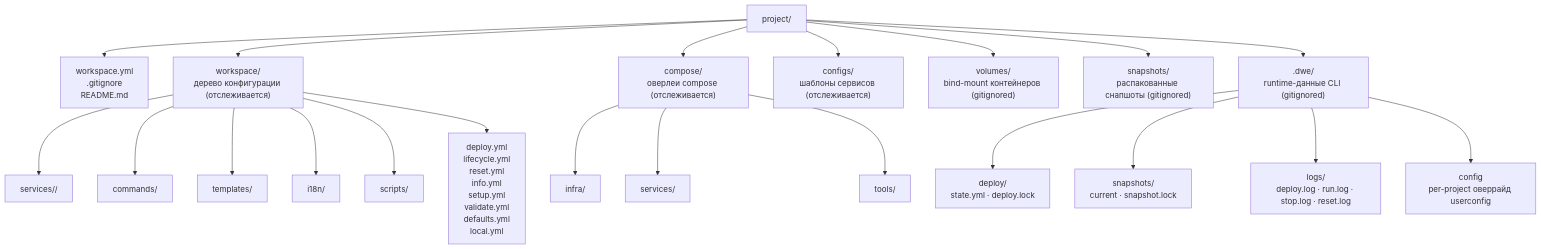
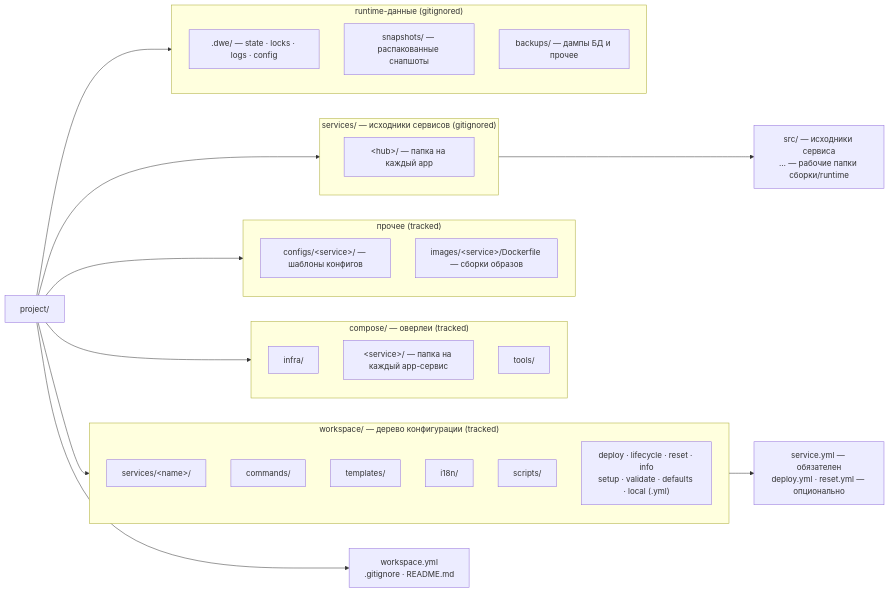
Before and after one commit to semsemyonoff/dwe: the diagram in docs/i18n/ru/reference/concepts/project-layout.md, drawn with Mermaid. The commit also changed other lines of this file and 12 other files, not shown here.

First line of the commit message:
docs(concepts): rework project-layout & gitignore conventions

````diff
--- a/docs/i18n/ru/reference/concepts/project-layout.md
+++ b/docs/i18n/ru/reference/concepts/project-layout.md
@@ -26,28 +26,50 @@
 ```mermaid
-flowchart TD
+flowchart LR
   Root["project/"]
+  RootFiles["workspace.yml<br/>.gitignore · README.md"]
 
-  Root --> RootFiles["workspace.yml<br/>.gitignore<br/>README.md"]
-  Root --> DWEDir["workspace/<br/>дерево конфигурации (отслеживается)"]
-  Root --> ComposeDir["compose/<br/>оверлеи compose (отслеживается)"]
-  Root --> ConfigsDir["configs/<br/>шаблоны сервисов (отслеживается)"]
-  Root --> VolumesDir["volumes/<br/>bind-mount контейнеров (gitignored)"]
-  Root --> SnapsDir["snapshots/<br/>распакованные снапшоты (gitignored)"]
-  Root --> DotDir[".dwe/<br/>runtime-данные CLI (gitignored)"]
+  subgraph workspace["workspace/ — дерево конфигурации (tracked)"]
+    direction TB
+    WSServices["services/&lt;name&gt;/"]
+    WSCommands["commands/"]
+    WSTemplates["templates/"]
+    WSI18n["i18n/"]
+    WSScripts["scripts/"]
+    WSPipelines["deploy · lifecycle · reset · info<br/>setup · validate · defaults · local (.yml)"]
+  end
 
-  DWEDir --> DWEServices["services/<name>/"]
-  DWEDir --> DWECommands["commands/"]
-  DWEDir --> DWETemplates["templates/"]
-  DWEDir --> DWEI18n["i18n/"]
-  DWEDir --> DWEScripts["scripts/"]
-  DWEDir --> DWEPipelines["deploy.yml<br/>lifecycle.yml<br/>reset.yml<br/>info.yml<br/>setup.yml<br/>validate.yml<br/>defaults.yml<br/>local.yml"]
+  subgraph compose["compose/ — оверлеи (tracked)"]
+    direction TB
+    CInfra["infra/"]
+    CSvc["&lt;service&gt;/ — папка на каждый app-сервис"]
+    CTools["tools/"]
+  end
 
-  ComposeDir --> ComposeInfra["infra/"]
-  ComposeDir --> ComposeServices["services/"]
-  ComposeDir --> ComposeTools["tools/"]
+  subgraph other["прочее (tracked)"]
+    direction TB
+    ConfigsDir["configs/&lt;service&gt;/ — шаблоны конфигов"]
+    ImagesDir["images/&lt;service&gt;/Dockerfile — сборки образов"]
+  end
 
-  DotDir --> DotDeploy["deploy/<br/>state.yml · deploy.lock"]
-  DotDir --> DotSnaps["snapshots/<br/>current · snapshot.lock"]
-  DotDir --> DotLogs["logs/<br/>deploy.log · run.log · stop.log · reset.log"]
-  DotDir --> DotConfig["config<br/>per-project оверрайд userconfig"]
+  subgraph srcdir["services/ — исходники сервисов (gitignored)"]
+    direction TB
+    SrcHub["&lt;hub&gt;/ — папка на каждый app"]
+  end
+
+  subgraph runtime["runtime-данные (gitignored)"]
+    direction TB
+    DotDir[".dwe/ — state · locks · logs · config"]
+    SnapsDir["snapshots/ — распакованные снапшоты"]
+    BackupsDir["backups/ — дампы БД и прочее"]
+  end
+
+  Root --> RootFiles
+  Root --> workspace
+  Root --> compose
+  Root --> other
+  Root --> srcdir
+  Root --> runtime
+
+  WSServices --> WSSvcFiles["service.yml — обязателен<br/>deploy.yml · reset.yml — опционально"]
+  SrcHub --> SrcHubDetail["src/ — исходники сервиса<br/>… — рабочие папки сборки/runtime"]
 ```
````
